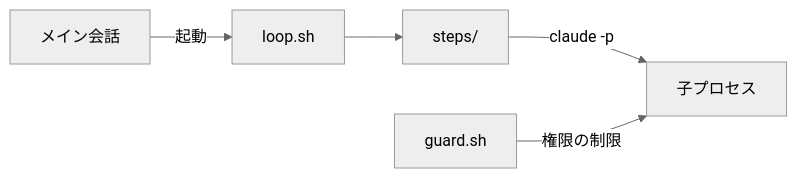
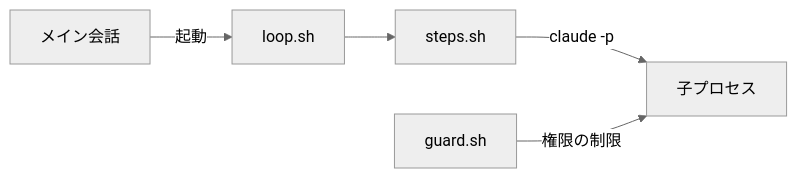
One commit to yjn279/trinity changed the first of 3 diagrams in scripts/README.md. Above: the diagram before and after it, drawn with Mermaid (neutral theme). The commit also changed other lines of this file and 12 other files, not shown here.

First line of the commit message:
refactor: 役割の起動を claude --agent に置き換え steps を1ファイルへ戻す

````diff
--- a/scripts/README.md
+++ b/scripts/README.md
@@ -7,7 +7,7 @@
 ```mermaid
 flowchart LR
   orchestrator[メイン会話] -->|起動| loopScript[loop.sh]
-  loopScript --> steps[steps/]
-  steps -->|claude -p| actorProcess[子プロセス]
+  loopScript --> stepsScript[steps.sh]
+  stepsScript -->|claude -p| actorProcess[子プロセス]
   guardScript[guard.sh] -->|権限の制限| actorProcess
 ```
````
